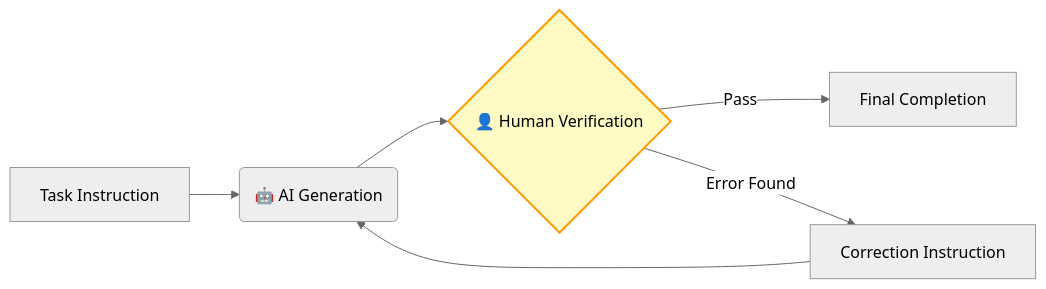
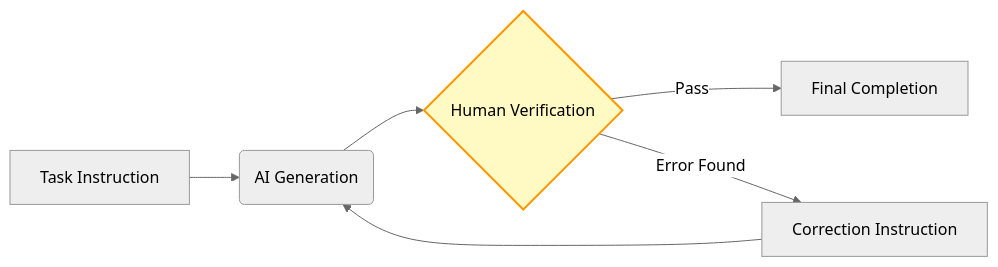
One commit to seo-jinseok/GitHub-Copilot-Guide changed the seventh of 18 diagrams in docs/admin/en/index.md. Above: the diagram before and after it, drawn with Mermaid (neutral theme). The commit also changed other lines of this file and 7 other files, not shown here.

````diff
--- a/docs/admin/en/index.md
+++ b/docs/admin/en/index.md
@@ -447,10 +447,10 @@
 ```mermaid
 graph LR
-    A[Task Instruction] --> B(🤖 AI Generation);
-    B --> C{👤 Human Verification};
+    A[Task Instruction] --> B(AI Generation);
+    B --> C{Human Verification};
     C -- Pass --> D[Final Completion];
     C -- Error Found --> E[Correction Instruction];
     E --> B;
     
     style C fill:#fff9c4,stroke:#ff9800,stroke-width:2px
 ```
````
